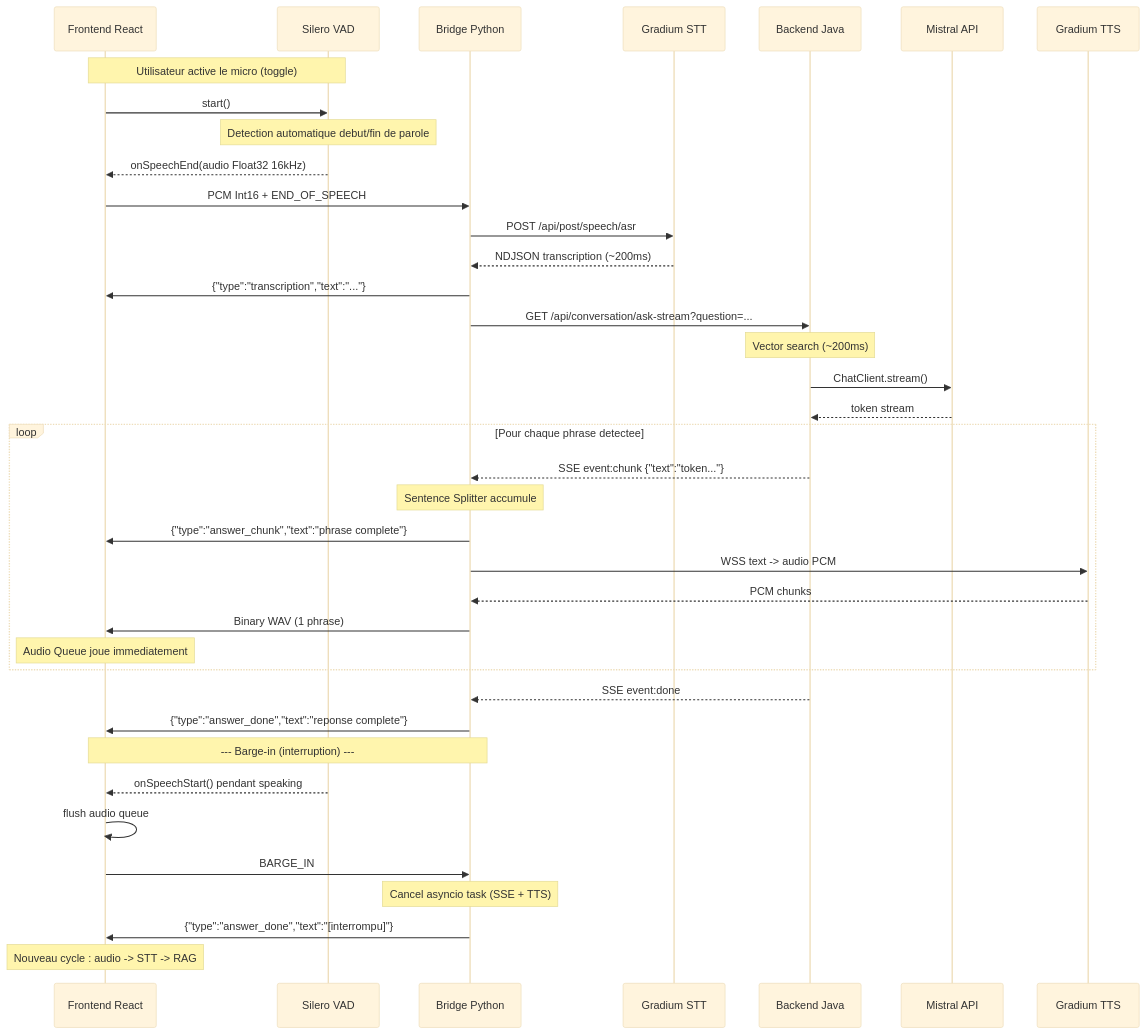
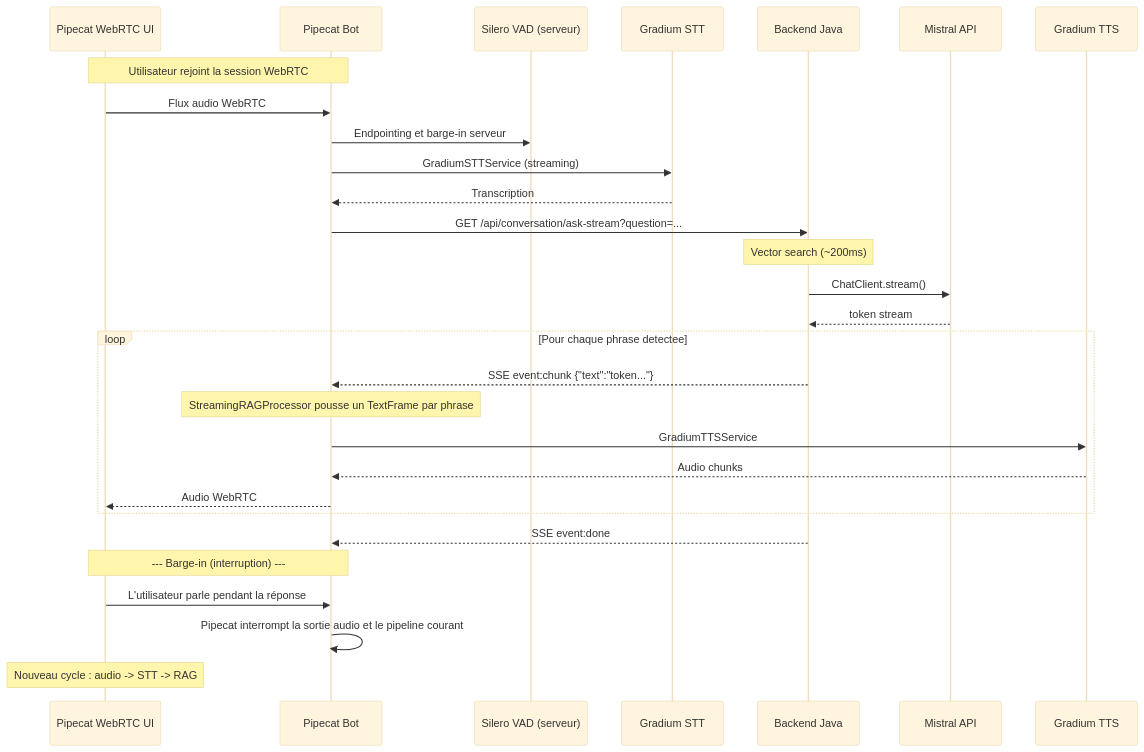
One commit to tgrimaud/V2V changed the second of 3 diagrams in docs/architecture/architecture.md. Above: the diagram before and after it, drawn with Mermaid (base theme). The commit also changed other lines of this file and 45 other files, not shown here.

````diff
--- a/docs/architecture/architecture.md
+++ b/docs/architecture/architecture.md
@@ -244,46 +248,37 @@
 ```mermaid
 sequenceDiagram
-    participant FE as Frontend React
-    participant VAD as Silero VAD
-    participant BR as Bridge Python
+    participant FE as Pipecat WebRTC UI
+    participant BOT as Pipecat Bot
+    participant VAD as Silero VAD (serveur)
     participant STT as Gradium STT
     participant BE as Backend Java
     participant LLM as Mistral API
     participant TTS as Gradium TTS
 
-    Note over FE,VAD: Utilisateur active le micro (toggle)
-    FE->>VAD: start()
+    Note over FE,BOT: Utilisateur rejoint la session WebRTC
+    FE->>BOT: Flux audio WebRTC
 
-    Note over VAD: Detection automatique debut/fin de parole
-    VAD-->>FE: onSpeechEnd(audio Float32 16kHz)
-    FE->>BR: PCM Int16 + END_OF_SPEECH
-    BR->>STT: POST /api/post/speech/asr
-    STT-->>BR: NDJSON transcription (~200ms)
-    BR->>FE: {"type":"transcription","text":"..."}
+    BOT->>VAD: Endpointing et barge-in serveur
+    BOT->>STT: GradiumSTTService (streaming)
+    STT-->>BOT: Transcription
 
-    BR->>BE: GET /api/conversation/ask-stream?question=...
+    BOT->>BE: GET /api/conversation/ask-stream?question=...
     Note over BE: Vector search (~200ms)
     BE->>LLM: ChatClient.stream()
     LLM-->>BE: token stream
 
     loop Pour chaque phrase detectee
-        BE-->>BR: SSE event:chunk {"text":"token..."}
-        Note over BR: Sentence Splitter accumule
-        BR->>FE: {"type":"answer_chunk","text":"phrase complete"}
-        BR->>TTS: WSS text -> audio PCM
-        TTS-->>BR: PCM chunks
-        BR->>FE: Binary WAV (1 phrase)
-        Note over FE: Audio Queue joue immediatement
+        BE-->>BOT: SSE event:chunk {"text":"token..."}
+        Note over BOT: StreamingRAGProcessor pousse un TextFrame par phrase
+        BOT->>TTS: GradiumTTSService
+        TTS-->>BOT: Audio chunks
+        BOT-->>FE: Audio WebRTC
     end
 
-    BE-->>BR: SSE event:done
-    BR->>FE: {"type":"answer_done","text":"reponse complete"}
+    BE-->>BOT: SSE event:done
 
-    Note over FE,BR: --- Barge-in (interruption) ---
-    VAD-->>FE: onSpeechStart() pendant speaking
-    FE->>FE: flush audio queue
-    FE->>BR: BARGE_IN
-    Note over BR: Cancel asyncio task (SSE + TTS)
-    BR->>FE: {"type":"answer_done","text":"[interrompu]"}
+    Note over FE,BOT: --- Barge-in (interruption) ---
+    FE->>BOT: L'utilisateur parle pendant la réponse
+    BOT->>BOT: Pipecat interrompt la sortie audio et le pipeline courant
     Note over FE: Nouveau cycle : audio -> STT -> RAG
 ```
````
